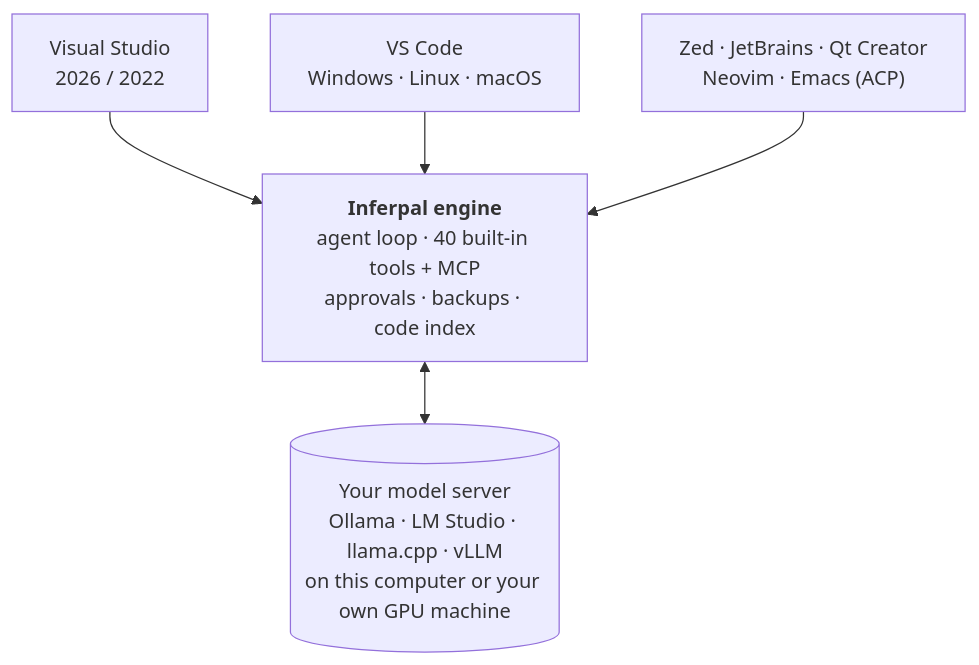
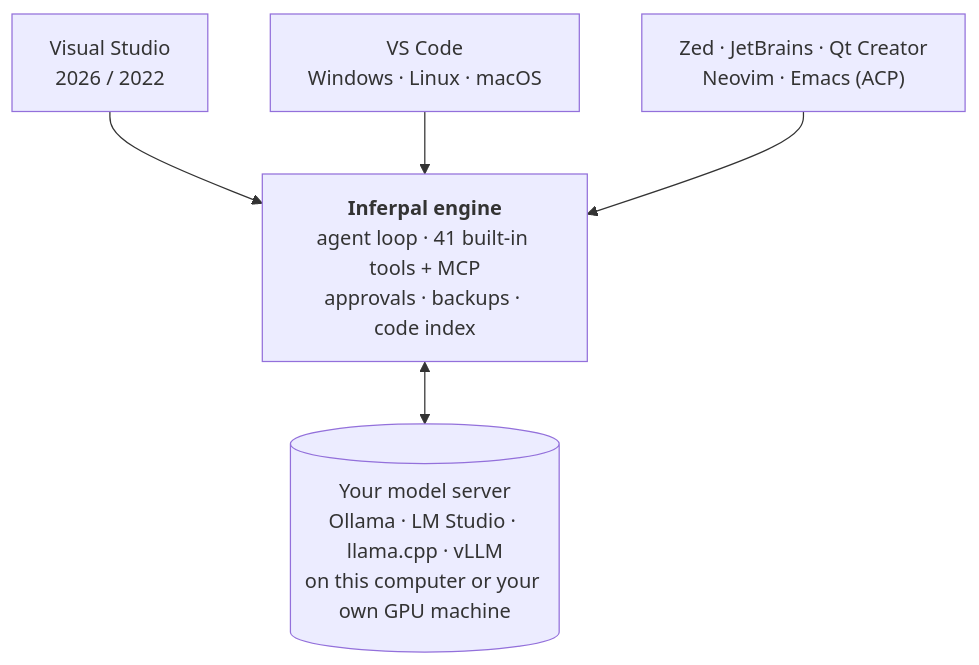
The second of 2 diagrams in README.md (EstaxNet/Inferpal), drawn with Mermaid before and after one commit. The commit also changed other lines of this file and 32 other files, not shown here.

````diff
--- a/README.md
+++ b/README.md
@@ -161,10 +161,10 @@
 ```mermaid
 flowchart TB
     VS["Visual Studio<br/>2026 / 2022"]
     VSC["VS Code<br/>Windows · Linux · macOS"]
     ACP["Zed · JetBrains · Qt Creator<br/>Neovim · Emacs (ACP)"]
-    ENGINE["<b>Inferpal engine</b><br/>agent loop · 40 built-in tools + MCP<br/>approvals · backups · code index"]
+    ENGINE["<b>Inferpal engine</b><br/>agent loop · 41 built-in tools + MCP<br/>approvals · backups · code index"]
     MODEL[("Your model server<br/>Ollama · LM Studio · llama.cpp · vLLM<br/>on this computer or your own GPU machine")]
     VS & VSC & ACP --> ENGINE
     ENGINE <--> MODEL
 ```
````
